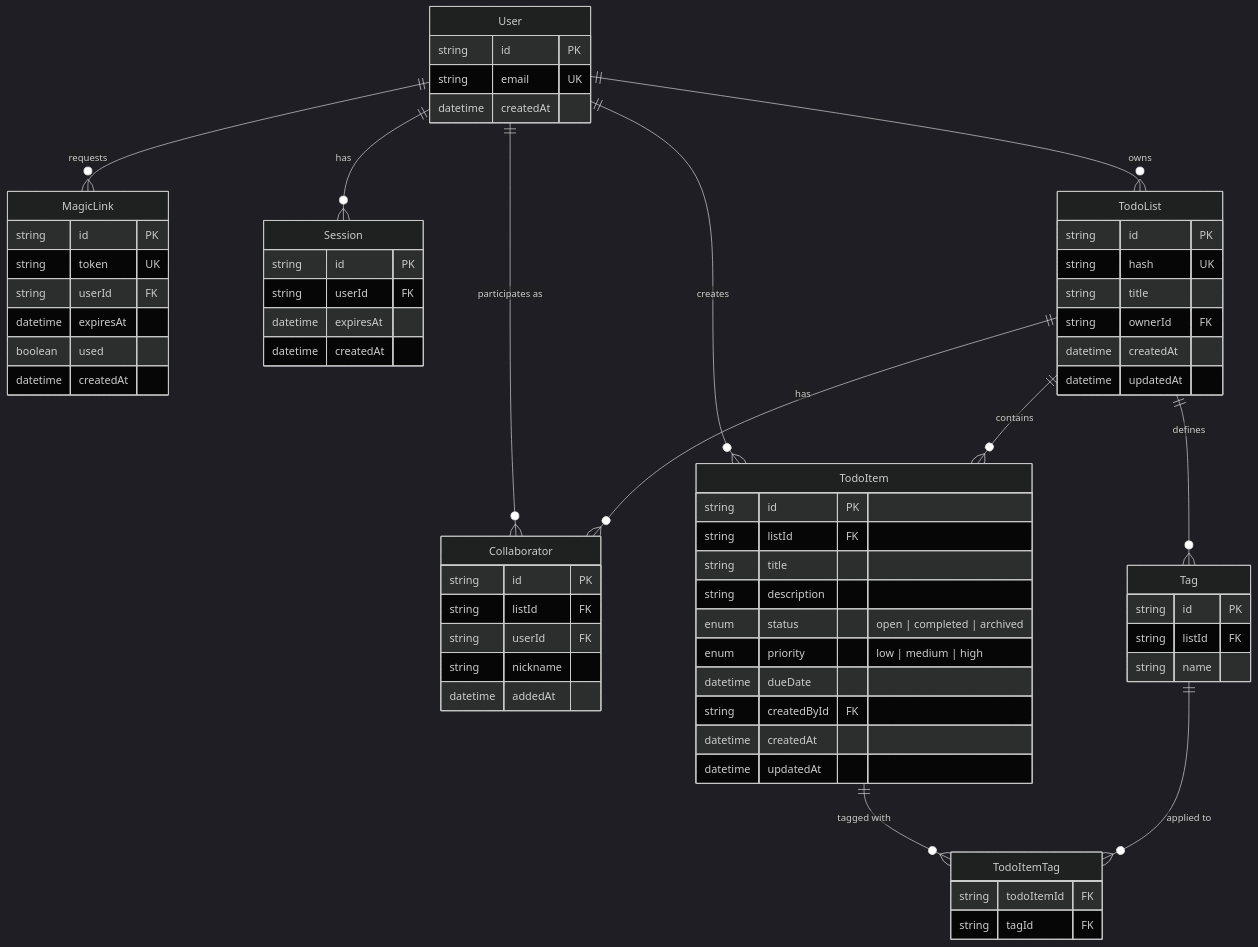
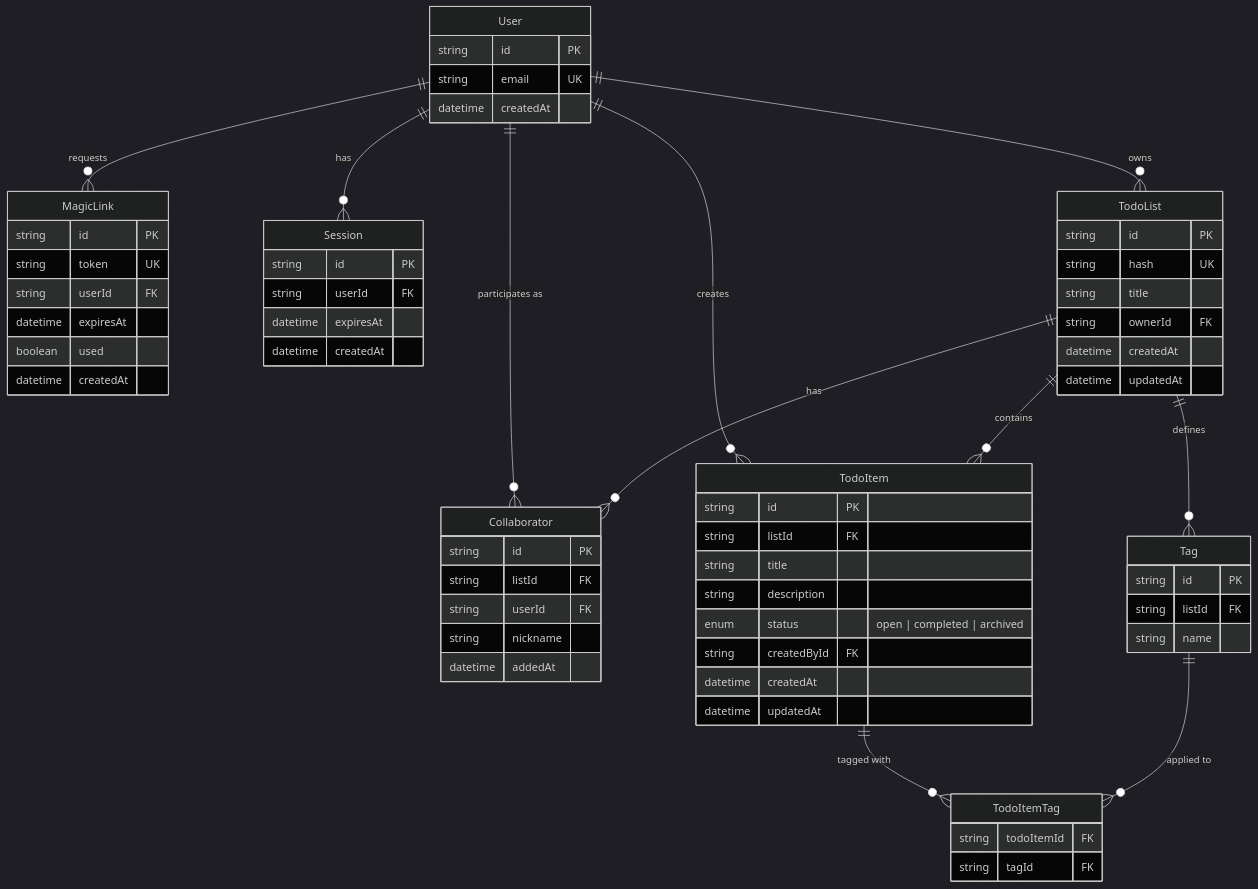
One commit to Rapahillo/kinklist changed the second of 3 diagrams in ARCHITECTURE_DIAGRAM.md. Above: the diagram before and after it, drawn with Mermaid (dark theme). The commit also changed 8 other files, not shown here.

Commit message:
Remove priority and due date related tasks, remove their earlier implementations

````diff
--- a/ARCHITECTURE_DIAGRAM.md
+++ b/ARCHITECTURE_DIAGRAM.md
@@ -103,76 +103,74 @@
 ```mermaid
 erDiagram
     User {
         string id PK
         string email UK
         datetime createdAt
     }
 
     MagicLink {
         string id PK
         string token UK
         string userId FK
         datetime expiresAt
         boolean used
         datetime createdAt
     }
 
     Session {
         string id PK
         string userId FK
         datetime expiresAt
         datetime createdAt
     }
 
     TodoList {
         string id PK
         string hash UK
         string title
         string ownerId FK
         datetime createdAt
         datetime updatedAt
     }
 
     Collaborator {
         string id PK
         string listId FK
         string userId FK
         string nickname
         datetime addedAt
     }
 
     TodoItem {
         string id PK
         string listId FK
         string title
         string description
         enum status "open | completed | archived"
-        enum priority "low | medium | high"
-        datetime dueDate
         string createdById FK
         datetime createdAt
         datetime updatedAt
     }
 
     Tag {
         string id PK
         string listId FK
         string name
     }
 
     TodoItemTag {
         string todoItemId FK
         string tagId FK
     }
 
     User ||--o{ MagicLink : "requests"
     User ||--o{ Session : "has"
     User ||--o{ TodoList : "owns"
     User ||--o{ Collaborator : "participates as"
     User ||--o{ TodoItem : "creates"
     TodoList ||--o{ Collaborator : "has"
     TodoList ||--o{ TodoItem : "contains"
     TodoList ||--o{ Tag : "defines"
     TodoItem ||--o{ TodoItemTag : "tagged with"
     Tag ||--o{ TodoItemTag : "applied to"
 ```
````
